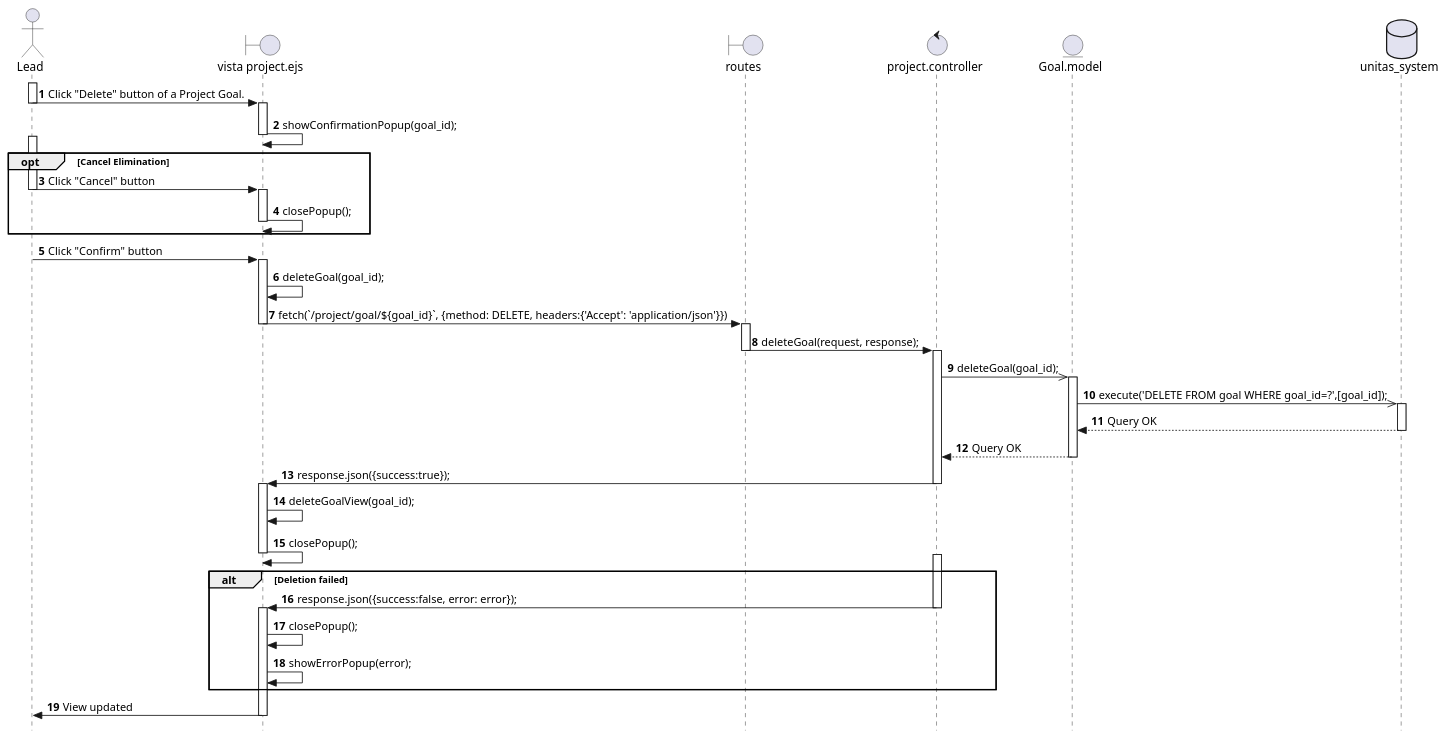
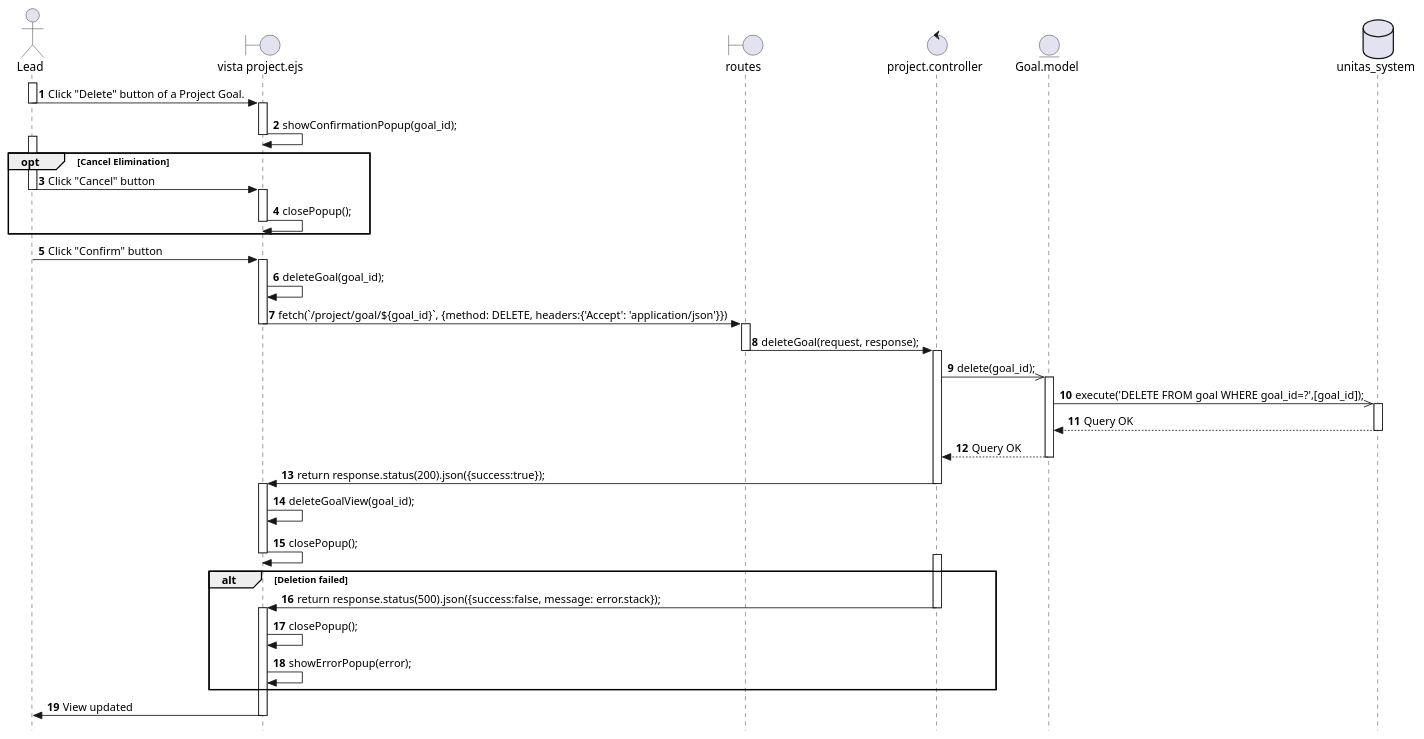
One commit to Berthou05/LimboSoftwareDevelopment_Change.org changed the diagram in documentation/sequence_diagrams/PROJ-11-SD.puml. Above: the diagram before and after it, drawn with PlantUML. The commit also changed 4 other files, not shown here.

```diff
--- a/documentation/sequence_diagrams/PROJ-11-SD.puml
+++ b/documentation/sequence_diagrams/PROJ-11-SD.puml
@@ -1,69 +1,69 @@
 @startuml
 skinparam style strictuml
 
 actor Lead as L
 boundary "vista project.ejs" as V
 boundary "routes" as RO
 control "project.controller" as C
 entity "Goal.model" as G
 database "unitas_system" as BD
 autonumber
 
 activate L
 L -> V:Click "Delete" button of a Project Goal.
 deactivate L
     activate V
     V -> V: showConfirmationPopup(goal_id);
     deactivate V
 
 
 opt Cancel Elimination
 activate L
 L -> V: Click "Cancel" button
 deactivate L
     activate V
     V -> V: closePopup();
     deactivate V
 end
 
 activate L
 L -> V: Click "Confirm" button
 deactivate L
     activate V
     V -> V: deleteGoal(goal_id);
     V -> RO: fetch(`/project/goal/${goal_id}`, {method: DELETE, headers:{'Accept': 'application/json'}})
     deactivate V
         activate RO
             RO -> C: deleteGoal(request, response);
         deactivate RO
             activate C
-            C ->> G: deleteGoal(goal_id);
+            C ->> G: delete(goal_id);
                 activate G
                 G->>BD: execute('DELETE FROM goal WHERE goal_id=?',[goal_id]);
                     activate BD
                     BD-->G: Query OK
                     deactivate BD
                 G-->C: Query OK
                 deactivate G
-                C->V: response.json({success:true});
+                C->V: return response.status(200).json({success:true});
             deactivate C
     activate V
     V->V: deleteGoalView(goal_id);
     V->V: closePopup();
     deactivate V
 
     alt Deletion failed
             activate C
-                C->V: response.json({success:false, error: error});        
+                C->V: return response.status(500).json({success:false, message: error.stack});        
             deactivate C
     activate V
     V->V: closePopup();
     V->V: showErrorPopup(error);
     end
     
     V->L: View updated
     deactivate V
 
 
 
 @enduml
```
